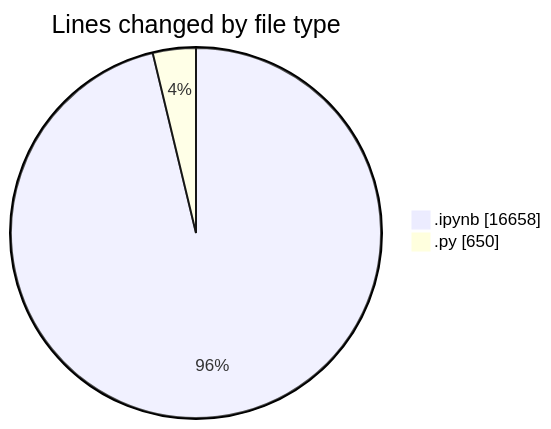
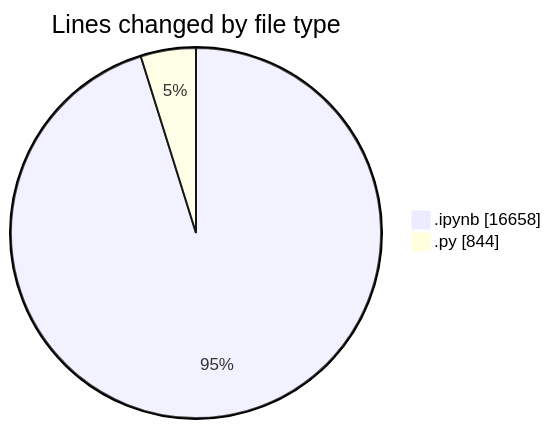
One commit to MatusMokan/code-tracking changed the first of 2 diagrams in 2025-03-20/myws__workspace_/README.md. Above: the diagram before and after it, drawn with Mermaid. The commit also changed other lines of this file and 1 other file, not shown here.

````diff
--- a/2025-03-20/myws__workspace_/README.md
+++ b/2025-03-20/myws__workspace_/README.md
@@ -21,6 +21,6 @@
 ```mermaid
 pie showData
 title Lines changed by file type
 ".ipynb" : 16658
-".py" : 650
+".py" : 844
 ```
````
